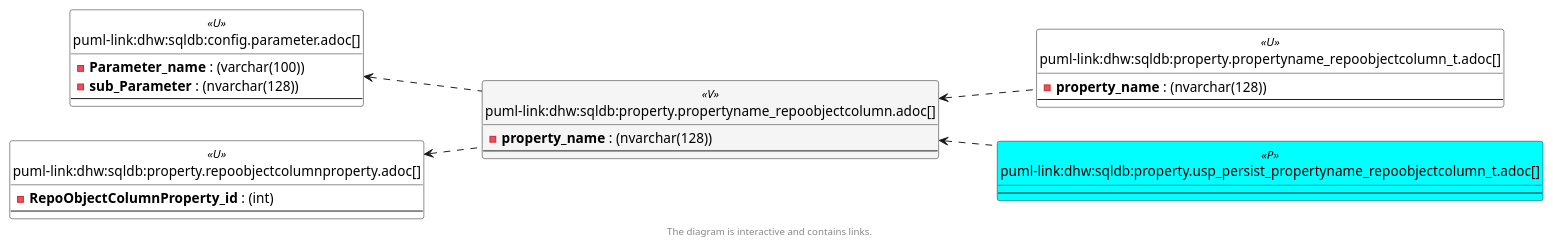
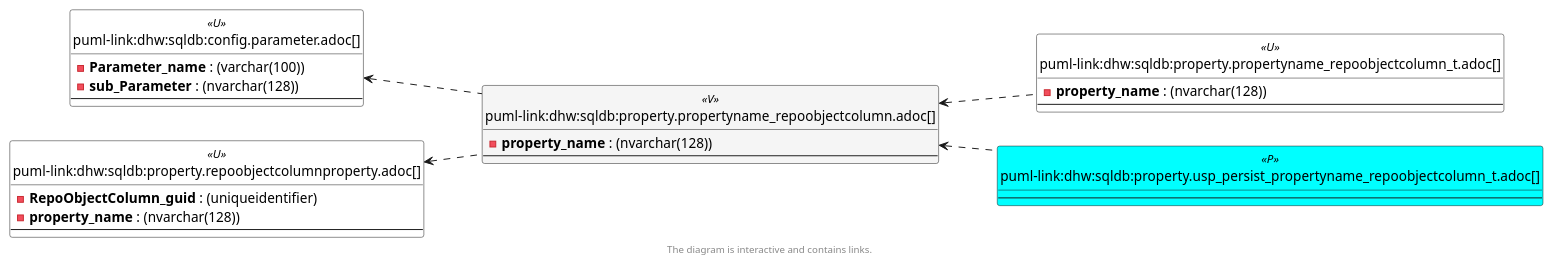
The third of 6 diagrams in docs/modules/sqldb/partials/content/property.propertyname_repoobjectcolumn.adoc (DataHandwerk/dhw-antora-sqldb), drawn with PlantUML before and after one commit. The commit also changed other lines of this file and 751 other files, not shown here.

```diff
--- a/docs/modules/sqldb/partials/content/property.propertyname_repoobjectcolumn.adoc
+++ b/docs/modules/sqldb/partials/content/property.propertyname_repoobjectcolumn.adoc
@@ -544,64 +544,65 @@
 [plantuml, entity_1_1_objectref-{docname}, svg, subs=macros]
 ....
 @startuml
 left to right direction
 'top to bottom direction
 hide circle
 'avoide "." issues:
 set namespaceSeparator none
 
 
 skinparam class {
   BackgroundColor White
   BackgroundColor<<FN>> Yellow
   BackgroundColor<<FS>> Yellow
   BackgroundColor<<FT>> LightGray
   BackgroundColor<<IF>> Yellow
   BackgroundColor<<IS>> Yellow
   BackgroundColor<<P>>  Aqua
   BackgroundColor<<PC>> Aqua
   BackgroundColor<<SN>> Yellow
   BackgroundColor<<SO>> SlateBlue
   BackgroundColor<<TF>> LightGray
   BackgroundColor<<TR>> Tomato
   BackgroundColor<<U>>  White
   BackgroundColor<<V>>  WhiteSmoke
   BackgroundColor<<X>>  Aqua
   BackgroundColor<<external>> AliceBlue
 }
 
 
 entity "puml-link:dhw:sqldb:config.parameter.adoc[]" as config.Parameter << U >> {
   - **Parameter_name** : (varchar(100))
   - **sub_Parameter** : (nvarchar(128))
   --
 }
 
 entity "puml-link:dhw:sqldb:property.propertyname_repoobjectcolumn.adoc[]" as property.PropertyName_RepoObjectColumn << V >> {
   - **property_name** : (nvarchar(128))
   --
 }
 
 entity "puml-link:dhw:sqldb:property.propertyname_repoobjectcolumn_t.adoc[]" as property.PropertyName_RepoObjectColumn_T << U >> {
   - **property_name** : (nvarchar(128))
   --
 }
 
 entity "puml-link:dhw:sqldb:property.repoobjectcolumnproperty.adoc[]" as property.RepoObjectColumnProperty << U >> {
-  - **RepoObjectColumnProperty_id** : (int)
+  - **RepoObjectColumn_guid** : (uniqueidentifier)
+  - **property_name** : (nvarchar(128))
   --
 }
 
 entity "puml-link:dhw:sqldb:property.usp_persist_propertyname_repoobjectcolumn_t.adoc[]" as property.usp_PERSIST_PropertyName_RepoObjectColumn_T << P >> {
   --
 }
 
 config.Parameter <.. property.PropertyName_RepoObjectColumn
 property.PropertyName_RepoObjectColumn <.. property.PropertyName_RepoObjectColumn_T
 property.PropertyName_RepoObjectColumn <.. property.usp_PERSIST_PropertyName_RepoObjectColumn_T
 property.RepoObjectColumnProperty <.. property.PropertyName_RepoObjectColumn
 
 footer The diagram is interactive and contains links.
 
 @enduml
 ....
```
